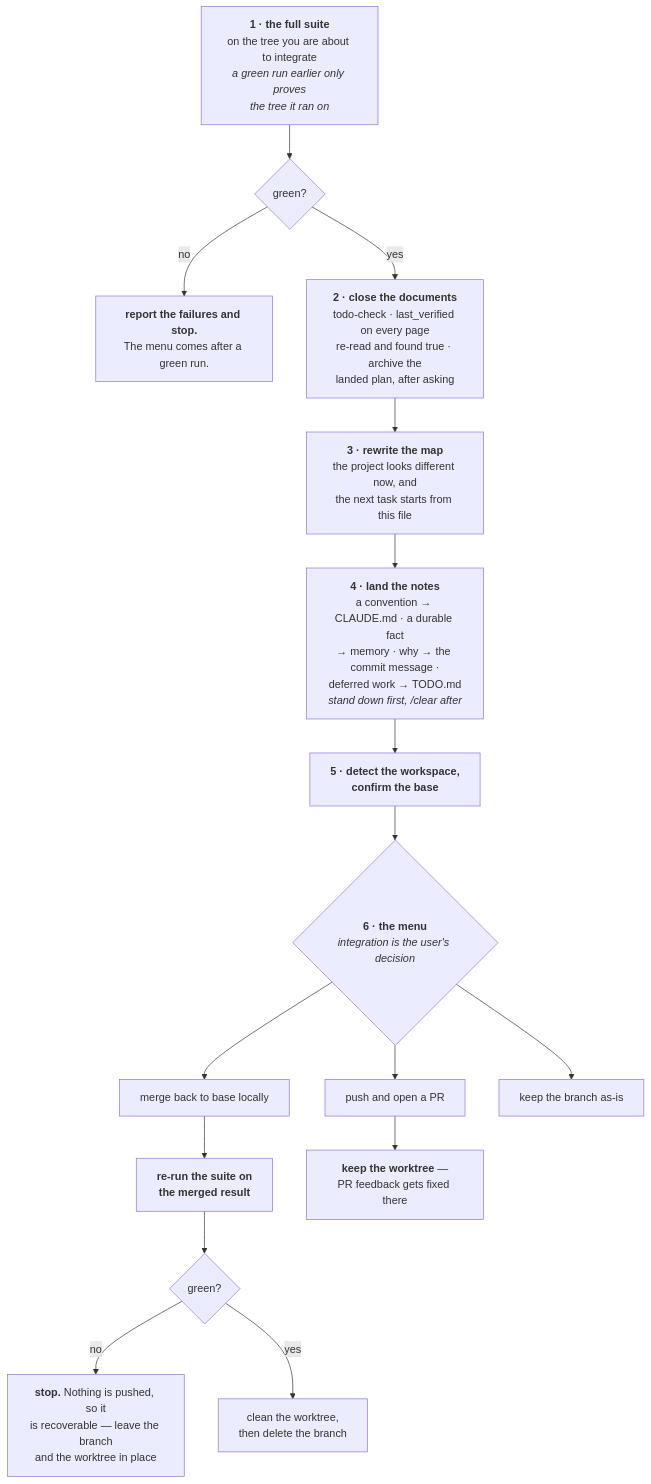
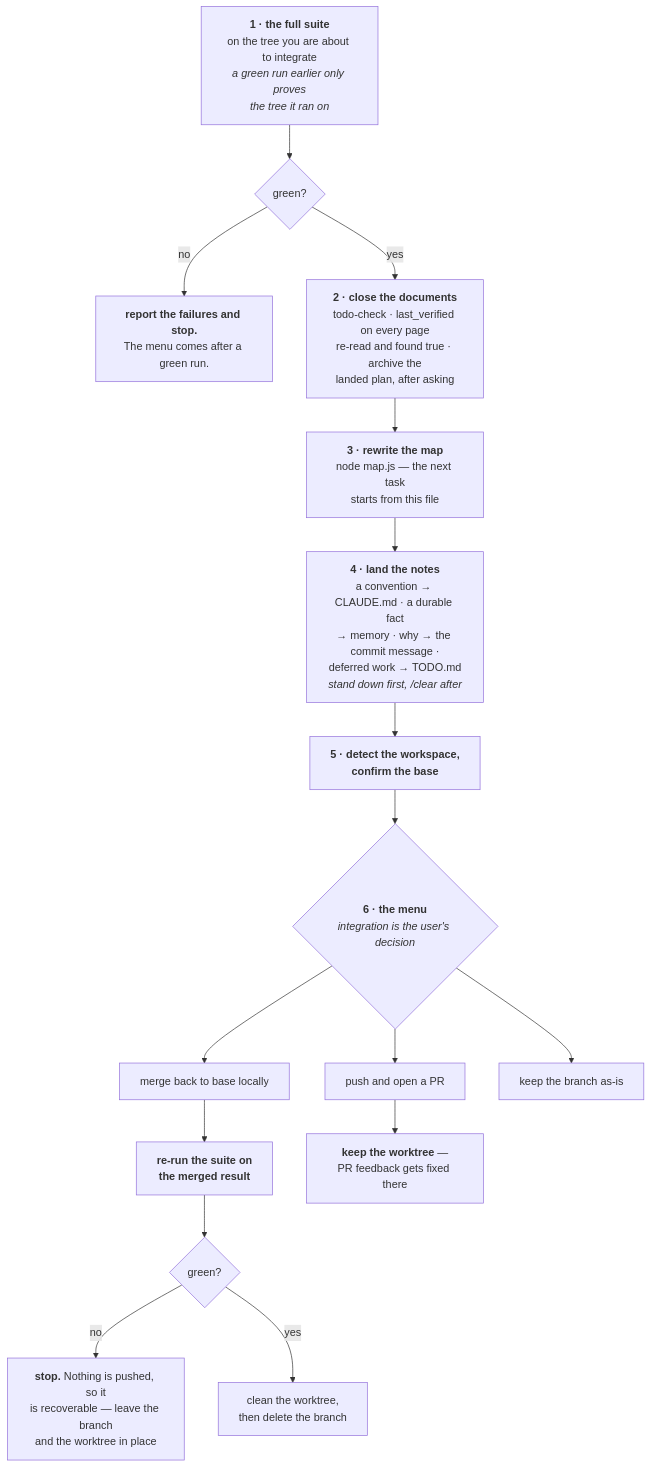
Before and after one commit to FanFantom9452/FanKeel: the eighth of 8 diagrams in docs/pipeline.md, drawn with Mermaid. The commit also changed other lines of this file and 5 other files, not shown here.

````diff
--- a/docs/pipeline.md
+++ b/docs/pipeline.md
@@ -657,32 +684,32 @@
 ```mermaid
 flowchart TD
     A["<b>1 · the full suite</b><br/>on the tree you are about to integrate<br/><i>a green run earlier only proves<br/>the tree it ran on</i>"]
     A0{"green?"}
     A1["<b>report the failures and stop.</b><br/>The menu comes after a green run."]
     B["<b>2 · close the documents</b><br/>todo-check · last_verified on every page<br/>re-read and found true · archive the<br/>landed plan, after asking"]
-    C["<b>3 · rewrite the map</b><br/>the project looks different now, and<br/>the next task starts from this file"]
+    C["<b>3 · rewrite the map</b><br/>node map.js — the next task<br/>starts from this file"]
     D["<b>4 · land the notes</b><br/>a convention → CLAUDE.md · a durable fact<br/>→ memory · why → the commit message ·<br/>deferred work → TODO.md<br/><i>stand down first, /clear after</i>"]
     E["<b>5 · detect the workspace,<br/>confirm the base</b>"]
     F{"<b>6 · the menu</b><br/><i>integration is the user's decision</i>"}
     F1["merge back to base locally"]
     F2["push and open a PR"]
     F3["keep the branch as-is"]
     G["<b>re-run the suite on<br/>the merged result</b>"]
     G0{"green?"}
     G1["<b>stop.</b> Nothing is pushed, so it<br/>is recoverable — leave the branch<br/>and the worktree in place"]
     G2["clean the worktree,<br/>then delete the branch"]
     H["<b>keep the worktree</b> —<br/>PR feedback gets fixed there"]
 
     A --> A0
     A0 -- no --> A1
     A0 -- yes --> B
     B --> C
     C --> D
     D --> E
     E --> F
     F --> F1 --> G --> G0
     G0 -- no --> G1
     G0 -- yes --> G2
     F --> F2 --> H
     F --> F3
 ```
````
